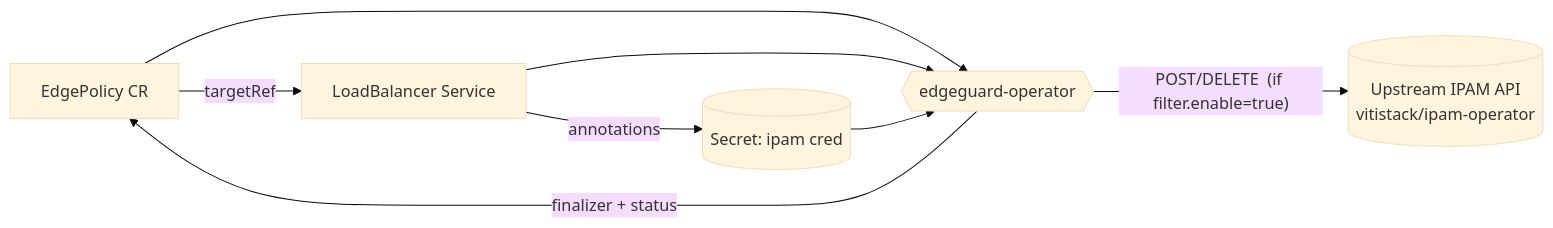
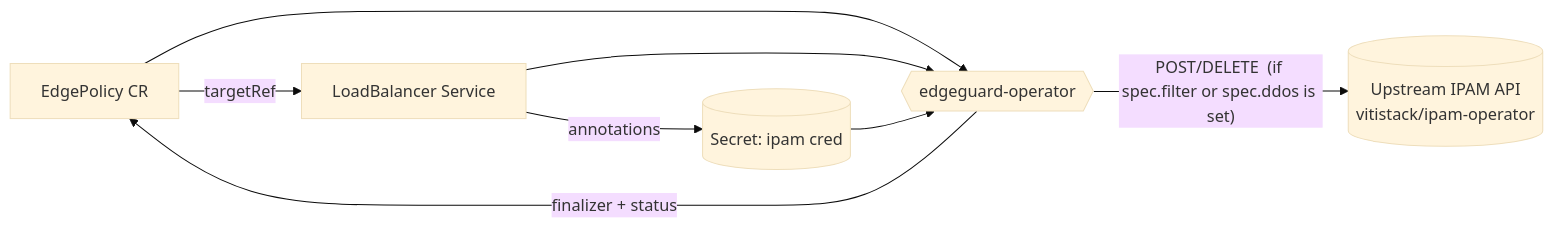
Before and after one commit to vitistack/edgeguard-operator: the diagram in README.md, drawn with Mermaid (base theme). The commit also changed other lines of this file and 11 other files, not shown here.

````diff
--- a/README.md
+++ b/README.md
@@ -37,11 +37,11 @@
 ```mermaid
 flowchart LR
     EP[EdgePolicy CR] -- targetRef --> SVC[LoadBalancer Service]
     SVC -- annotations --> SEC[(Secret: ipam cred)]
     OP{{edgeguard-operator}}
     EP --> OP
     SVC --> OP
     SEC --> OP
     OP -- finalizer + status --> EP
-    OP -- "POST/DELETE  (if filter.enable=true)" --> UP[(Upstream IPAM API<br/>vitistack/ipam-operator)]
+    OP -- "POST/DELETE  (if spec.filter or spec.ddos is set)" --> UP[(Upstream IPAM API<br/>vitistack/ipam-operator)]
 ```
````
